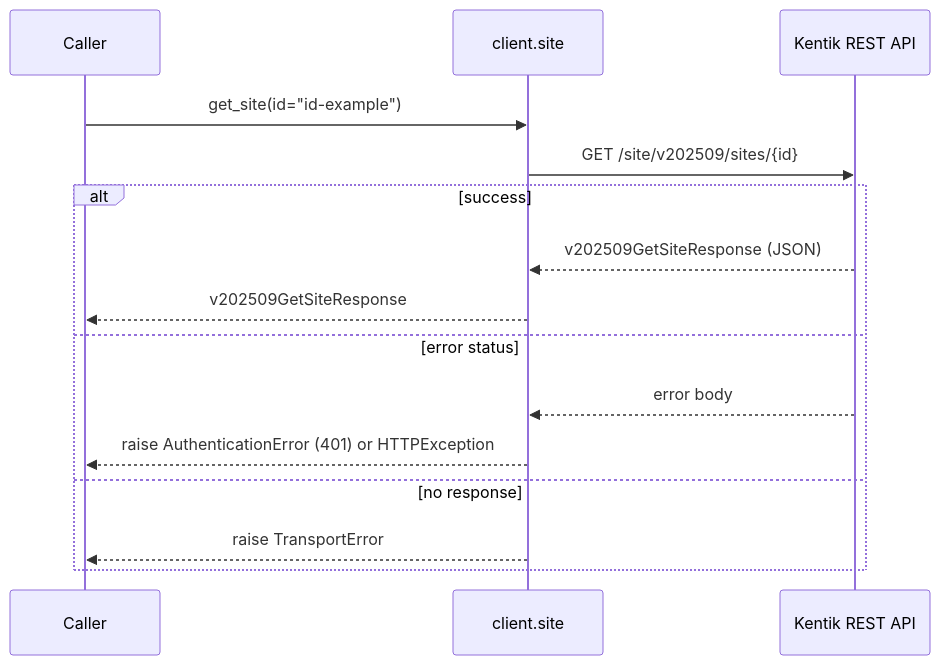
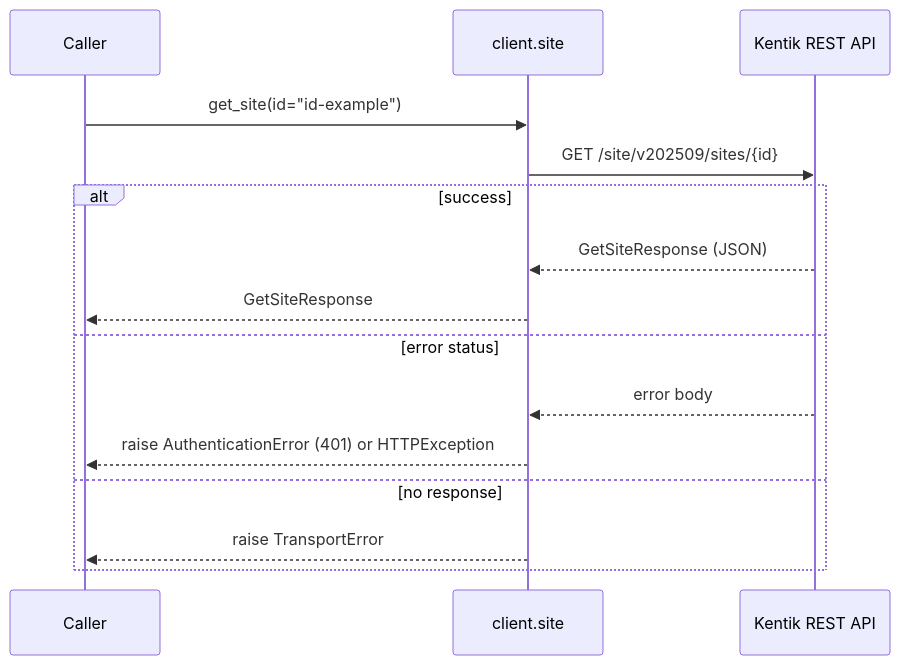
Before and after one commit to alexdearaujo/community_sdk_python: diagram 16 of 22 in docs/sphinx/services/site.md, drawn with Mermaid. The commit also changed other lines of this file and 38 other files, not shown here.

````diff
--- a/docs/sphinx/services/site.md
+++ b/docs/sphinx/services/site.md
@@ -556,18 +556,18 @@
 ```mermaid
 sequenceDiagram
     participant C as Caller
     participant W as client.site
     participant API as Kentik REST API
 
     C->>W: get_site(id="id-example")
     W->>API: GET /site/v202509/sites/{id}
     alt success
-        API-->>W: v202509GetSiteResponse (JSON)
-        W-->>C: v202509GetSiteResponse
+        API-->>W: GetSiteResponse (JSON)
+        W-->>C: GetSiteResponse
     else error status
         API-->>W: error body
         W-->>C: raise AuthenticationError (401) or HTTPException
     else no response
         W-->>C: raise TransportError
     end
 ```
````
